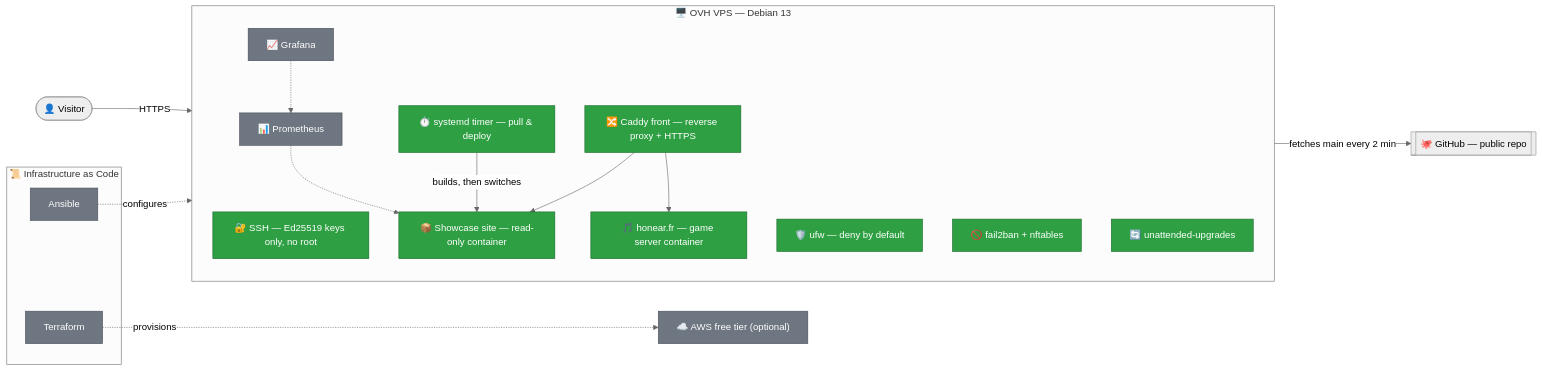
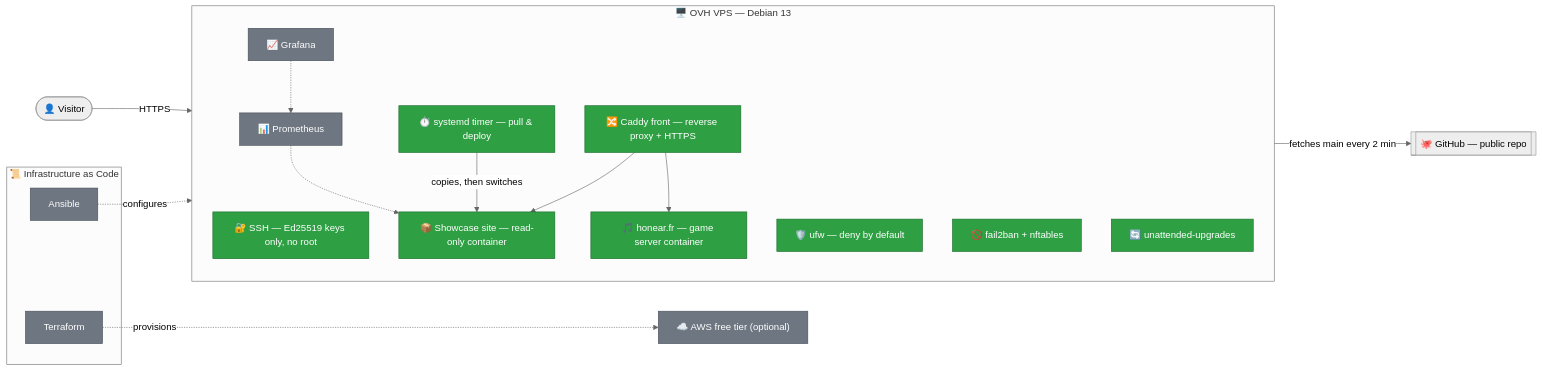
The diagram in README.md (SNZMTO/homelab), drawn with Mermaid (neutral theme) before and after one commit. The commit also changed other lines of this file and 40 other files, not shown here.

````diff
--- a/README.md
+++ b/README.md
@@ -13,42 +13,42 @@
 ```mermaid
 flowchart LR
     User(["👤 Visitor"])
     GitHub[["🐙 GitHub — public repo"]]
 
     subgraph VPS["🖥️ OVH VPS — Debian 13"]
         direction TB
         SSH["🔐 SSH — Ed25519 keys only, no root"]
         FW["🛡️ ufw — deny by default"]
         F2B["🚫 fail2ban + nftables"]
         UPD["🔄 unattended-upgrades"]
         Caddy["🔀 Caddy front — reverse proxy + HTTPS"]
         Site["📦 Showcase site — read-only container"]
         Honear["🎵 honear.fr — game server container"]
         Timer["⏱️ systemd timer — pull & deploy"]
         Prom["📊 Prometheus"]
         Graf["📈 Grafana"]
     end
 
     subgraph IaC["📜 Infrastructure as Code"]
         Ansible["Ansible"]
         Terraform["Terraform"]
     end
 
     Cloud["☁️ AWS free tier (optional)"]
 
     User -->|HTTPS| Caddy
     Caddy --> Site
     Caddy --> Honear
     Timer -->|fetches main every 2 min| GitHub
-    Timer -->|builds, then switches| Site
+    Timer -->|copies, then switches| Site
     Graf -.-> Prom
     Prom -.-> Site
     Ansible -.configures.-> VPS
     Terraform -.provisions.-> Cloud
 
     classDef done fill:#2ea043,stroke:#1a6b2b,color:#fff
     classDef planned fill:#6e7681,stroke:#484f58,color:#fff
 
     class SSH,FW,F2B,UPD,Caddy,Site,Honear,Timer done
     class Prom,Graf,Ansible,Terraform,Cloud planned
 ```
````
